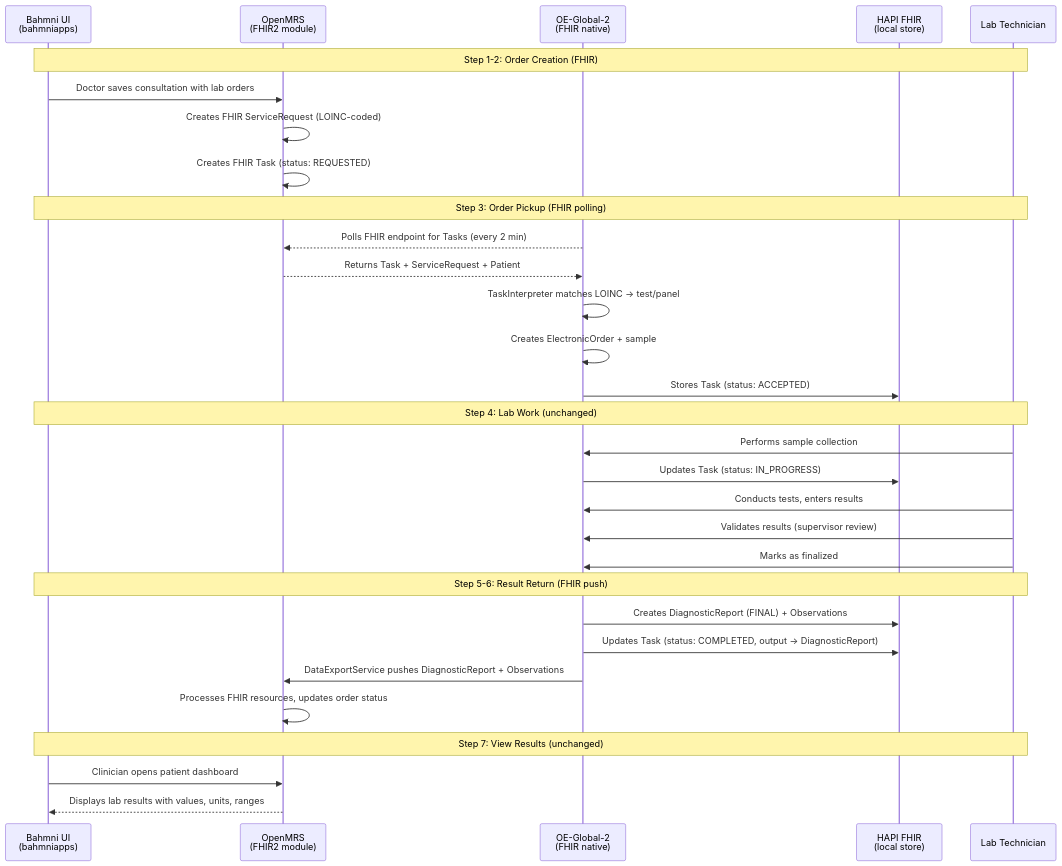
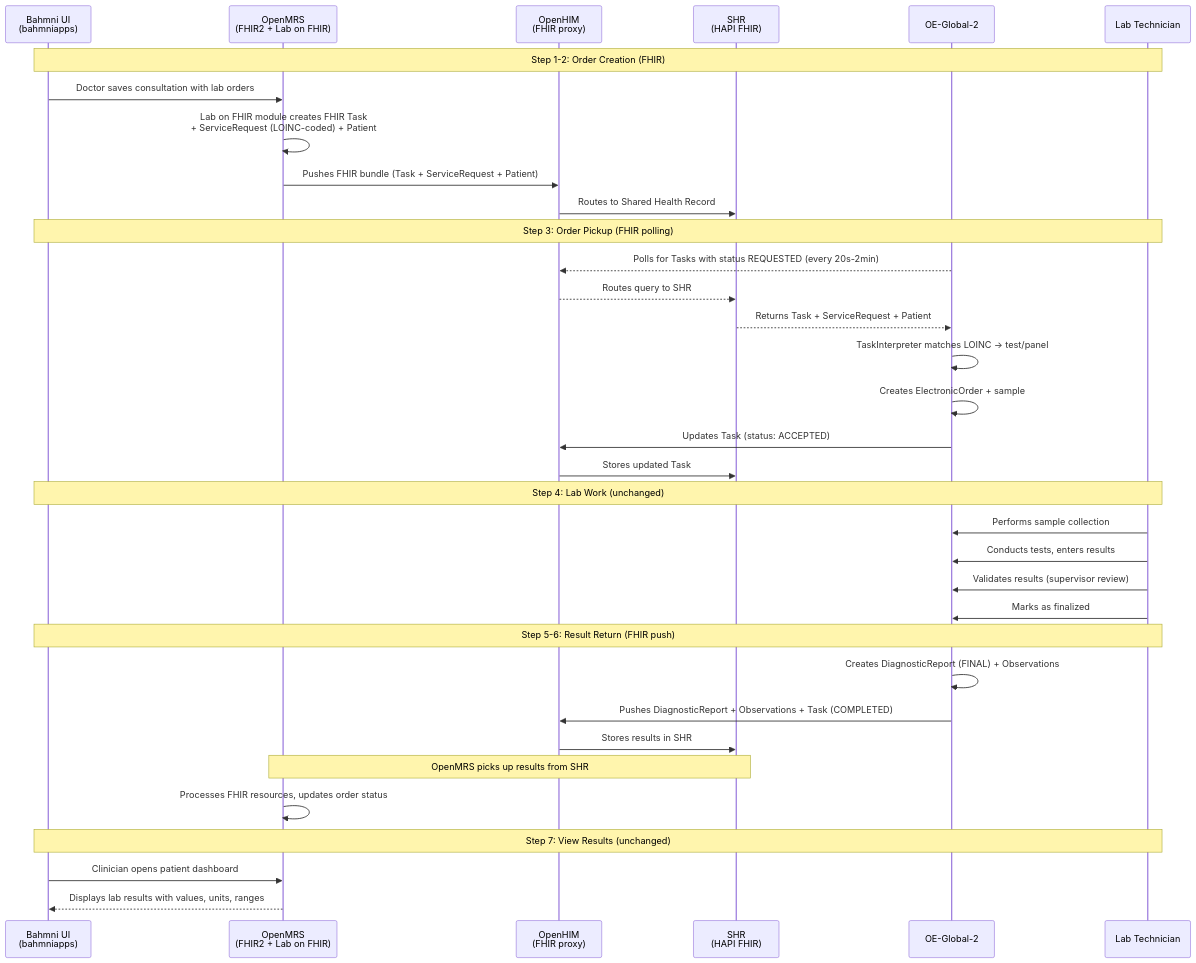
One commit to Bahmni/OpenElis changed the second of 6 diagrams in bahmni-openelis-global2-integration-plan.md. Above: the diagram before and after it, drawn with Mermaid. The commit also changed other lines of this file, not shown here.

````diff
--- a/bahmni-openelis-global2-integration-plan.md
+++ b/bahmni-openelis-global2-integration-plan.md
@@ -88,37 +95,41 @@
 ```mermaid
 sequenceDiagram
     participant UI as Bahmni UI<br/>(bahmniapps)
-    participant MRS as OpenMRS<br/>(FHIR2 module)
-    participant OEG as OE-Global-2<br/>(FHIR native)
-    participant HAPI as HAPI FHIR<br/>(local store)
+    participant MRS as OpenMRS<br/>(FHIR2 + Lab on FHIR)
+    participant HIM as OpenHIM<br/>(FHIR proxy)
+    participant SHR as SHR<br/>(HAPI FHIR)
+    participant OEG as OE-Global-2
     participant LAB as Lab Technician
 
     Note over UI,LAB: Step 1-2: Order Creation (FHIR)
     UI->>MRS: Doctor saves consultation with lab orders
-    MRS->>MRS: Creates FHIR ServiceRequest (LOINC-coded)
-    MRS->>MRS: Creates FHIR Task (status: REQUESTED)
+    MRS->>MRS: Lab on FHIR module creates FHIR Task<br/>+ ServiceRequest (LOINC-coded) + Patient
+    MRS->>HIM: Pushes FHIR bundle (Task + ServiceRequest + Patient)
+    HIM->>SHR: Routes to Shared Health Record
 
     Note over UI,LAB: Step 3: Order Pickup (FHIR polling)
-    OEG-->>MRS: Polls FHIR endpoint for Tasks (every 2 min)
-    MRS-->>OEG: Returns Task + ServiceRequest + Patient
+    OEG-->>HIM: Polls for Tasks with status REQUESTED (every 20s-2min)
+    HIM-->>SHR: Routes query to SHR
+    SHR-->>OEG: Returns Task + ServiceRequest + Patient
     OEG->>OEG: TaskInterpreter matches LOINC → test/panel
     OEG->>OEG: Creates ElectronicOrder + sample
-    OEG->>HAPI: Stores Task (status: ACCEPTED)
+    OEG->>HIM: Updates Task (status: ACCEPTED)
+    HIM->>SHR: Stores updated Task
 
     Note over UI,LAB: Step 4: Lab Work (unchanged)
     LAB->>OEG: Performs sample collection
-    OEG->>HAPI: Updates Task (status: IN_PROGRESS)
     LAB->>OEG: Conducts tests, enters results
     LAB->>OEG: Validates results (supervisor review)
     LAB->>OEG: Marks as finalized
 
     Note over UI,LAB: Step 5-6: Result Return (FHIR push)
-    OEG->>HAPI: Creates DiagnosticReport (FINAL) + Observations
-    OEG->>HAPI: Updates Task (status: COMPLETED, output → DiagnosticReport)
-    OEG->>MRS: DataExportService pushes DiagnosticReport + Observations
+    OEG->>OEG: Creates DiagnosticReport (FINAL) + Observations
+    OEG->>HIM: Pushes DiagnosticReport + Observations + Task (COMPLETED)
+    HIM->>SHR: Stores results in SHR
+    Note over MRS,SHR: OpenMRS picks up results from SHR
     MRS->>MRS: Processes FHIR resources, updates order status
 
     Note over UI,LAB: Step 7: View Results (unchanged)
     UI->>MRS: Clinician opens patient dashboard
     MRS-->>UI: Displays lab results with values, units, ranges
 ```
````
